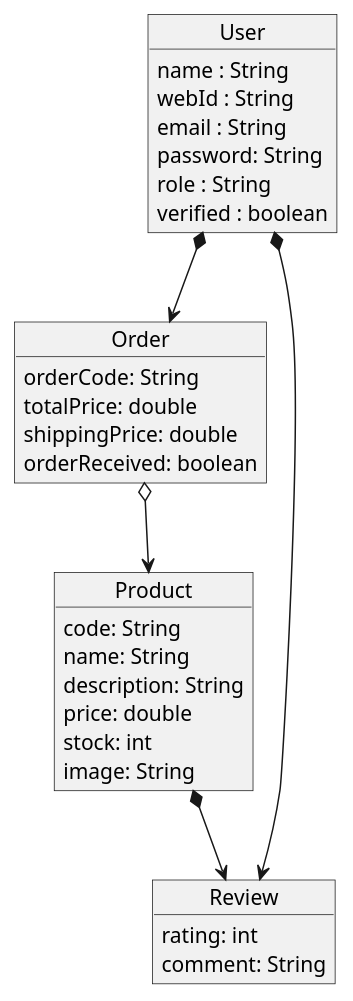
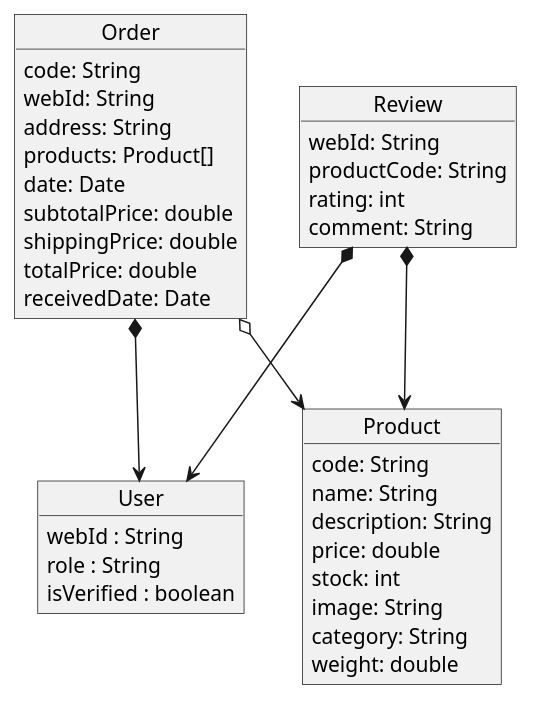
Before and after one commit to Arquisoft/dede_en2a: the diagram in docs/08_concepts.adoc, drawn with PlantUML. The commit also changed 3 other files, not shown here.

```diff
--- a/docs/08_concepts.adoc
+++ b/docs/08_concepts.adoc
@@ -5,37 +5,43 @@
 [plantuml, "DomainModel", png]
 ----
 object User{
-    name : String
     webId : String
-    email : String
-    password: String
     role : String
-    verified : boolean
+    isVerified : boolean
 }
 
 object Product{
     code: String
     name: String
     description: String
     price: double
     stock: int
     image: String
+    category: String
+    weight: double
 }
 
 object Order{
-    orderCode: String
+    code: String
+    webId: String
+    address: String
+    products: Product[]
+    date: Date
+    subtotalPrice: double
+    shippingPrice: double
     totalPrice: double
-    shippingPrice: double
-    orderReceived: boolean
+    receivedDate: Date
 }
 
 object Review{
+    webId: String
+    productCode: String
     rating: int
     comment: String
 }
 
-User *--> Order
+Order *--> User
 Order o--> Product
-Product *--> Review
-User *--> Review
+Review *--> Product
+Review *--> User
 ----
```
